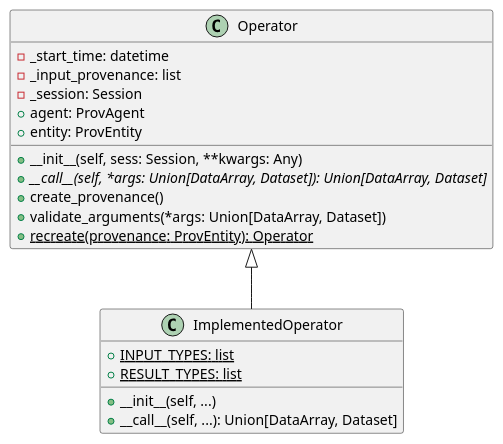
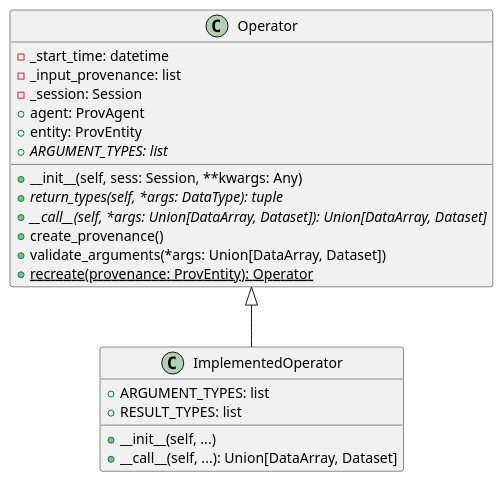
Before and after one commit to indica-mcf/Indica: the seventh of 7 diagrams in doc/design.rst, drawn with PlantUML. The commit also changed other lines of this file and 5 other files, not shown here.

```diff
--- a/doc/design.rst
+++ b/doc/design.rst
@@ -804,25 +801,27 @@
 .. uml::
 
    class Operator {
    - _start_time: datetime
    - _input_provenance: list
    - _session: Session
    + agent: ProvAgent
    + entity: ProvEntity
+   + {abstract} ARGUMENT_TYPES: list
 
    + __init__(self, sess: Session, **kwargs: Any)
+   + {abstract} return_types(self, *args: DataType): tuple
    + {abstract} __call__(self, *args: Union[DataArray, Dataset]): Union[DataArray, Dataset]
    + create_provenance()
    + validate_arguments(*args: Union[DataArray, Dataset])
    + {static} recreate(provenance: ProvEntity): Operator
    }
 
    class ImplementedOperator {
-   + {static} INPUT_TYPES: list
-   + {static} RESULT_TYPES: list
+   + ARGUMENT_TYPES: list
+   + RESULT_TYPES: list
 
    + __init__(self, ...)
    + __call__(self, ...): Union[DataArray, Dataset]
    }
 
    Operator <|-- ImplementedOperator
```
